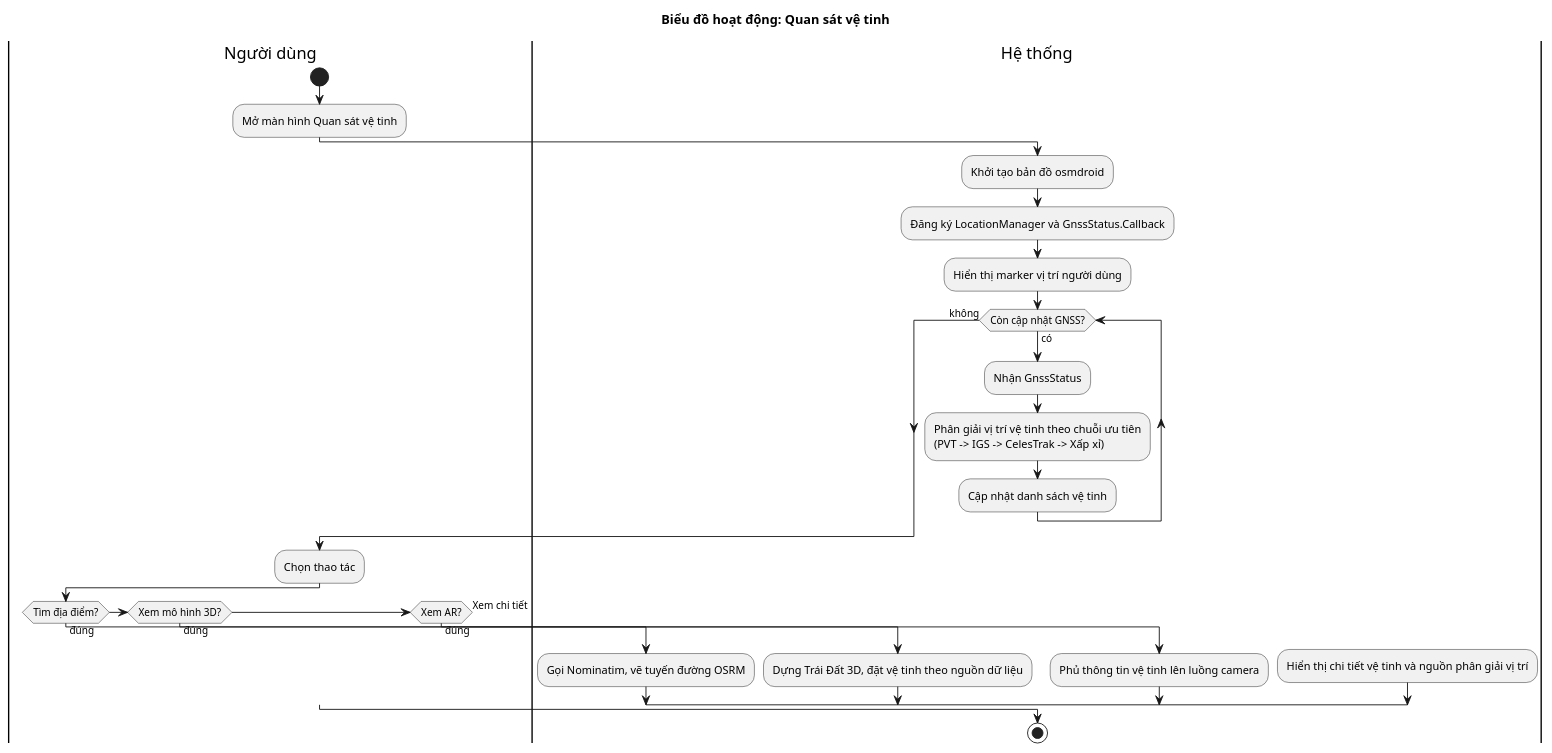
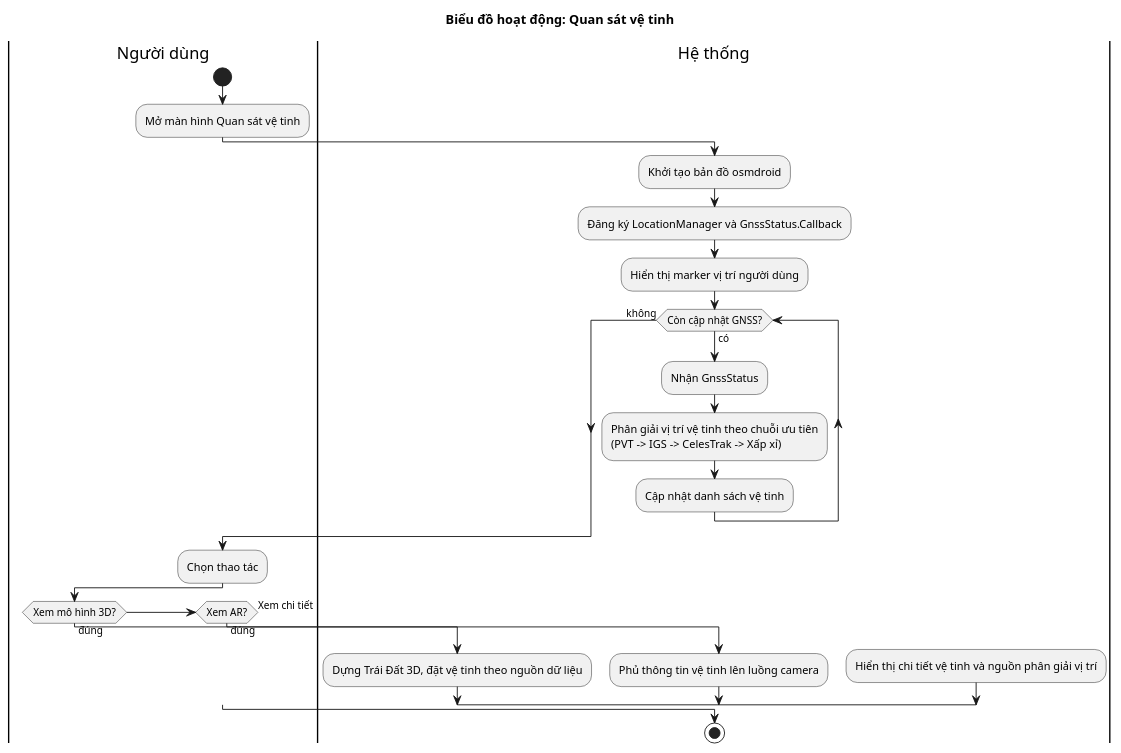
Before and after one commit to thanhmobile080604/My-Thesis-Latex: the diagram in PlantUML/quan_sat_ve_tinh_activity.puml, drawn with PlantUML. The commit also changed 16 other files, not shown here.

```diff
--- a/PlantUML/quan_sat_ve_tinh_activity.puml
+++ b/PlantUML/quan_sat_ve_tinh_activity.puml
@@ -1,34 +1,31 @@
 @startuml activity_quan_sat_ve_tinh
 ' Render: tạo ảnh figures/activity_quan_sat_ve_tinh.png cho mục 2.3.1
 skinparam defaultFontName "Times New Roman"
 title Biểu đồ hoạt động: Quan sát vệ tinh
 
 |Người dùng|
 start
 :Mở màn hình Quan sát vệ tinh;
 |Hệ thống|
 :Khởi tạo bản đồ osmdroid;
 :Đăng ký LocationManager và GnssStatus.Callback;
 :Hiển thị marker vị trí người dùng;
 while (Còn cập nhật GNSS?) is (có)
   :Nhận GnssStatus;
   :Phân giải vị trí vệ tinh theo chuỗi ưu tiên\n(PVT -> IGS -> CelesTrak -> Xấp xỉ);
   :Cập nhật danh sách vệ tinh;
 endwhile (không)
 |Người dùng|
 :Chọn thao tác;
-if (Tìm địa điểm?) then (đúng)
-  |Hệ thống|
-  :Gọi Nominatim, vẽ tuyến đường OSRM;
-elseif (Xem mô hình 3D?) then (đúng)
+if (Xem mô hình 3D?) then (đúng)
   |Hệ thống|
   :Dựng Trái Đất 3D, đặt vệ tinh theo nguồn dữ liệu;
 elseif (Xem AR?) then (đúng)
   |Hệ thống|
   :Phủ thông tin vệ tinh lên luồng camera;
 else (Xem chi tiết)
   |Hệ thống|
   :Hiển thị chi tiết vệ tinh và nguồn phân giải vị trí;
 endif
 stop
 @enduml
```
